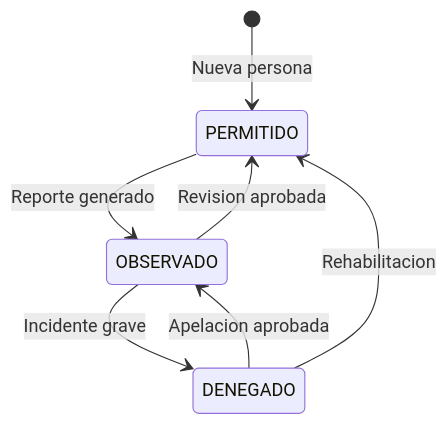
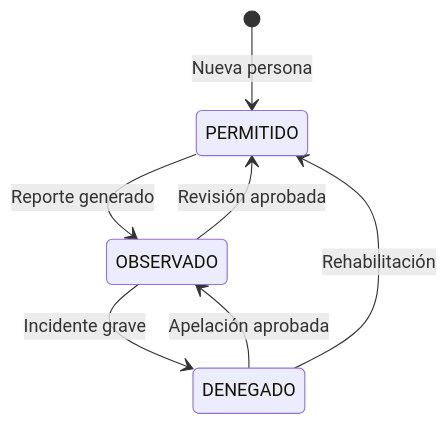
Before and after one commit to alejandroscorima/VC-INGRESO: the diagram in plans/PLAN_TRABAJO.md, drawn with Mermaid. The commit also changed other lines of this file and 33 other files, not shown here.

````diff
--- a/plans/PLAN_TRABAJO.md
+++ b/plans/PLAN_TRABAJO.md
@@ -123,9 +131,9 @@
 ```mermaid
 stateDiagram-v2
     [*] --> PERMITIDO: Nueva persona
     PERMITIDO --> OBSERVADO: Reporte generado
-    OBSERVADO --> PERMITIDO: Revision aprobada
+    OBSERVADO --> PERMITIDO: Revisión aprobada
     OBSERVADO --> DENEGADO: Incidente grave
-    DENEGADO --> OBSERVADO: Apelacion aprobada
-    DENEGADO --> PERMITIDO: Rehabilitacion
+    DENEGADO --> OBSERVADO: Apelación aprobada
+    DENEGADO --> PERMITIDO: Rehabilitación
 ```
````
